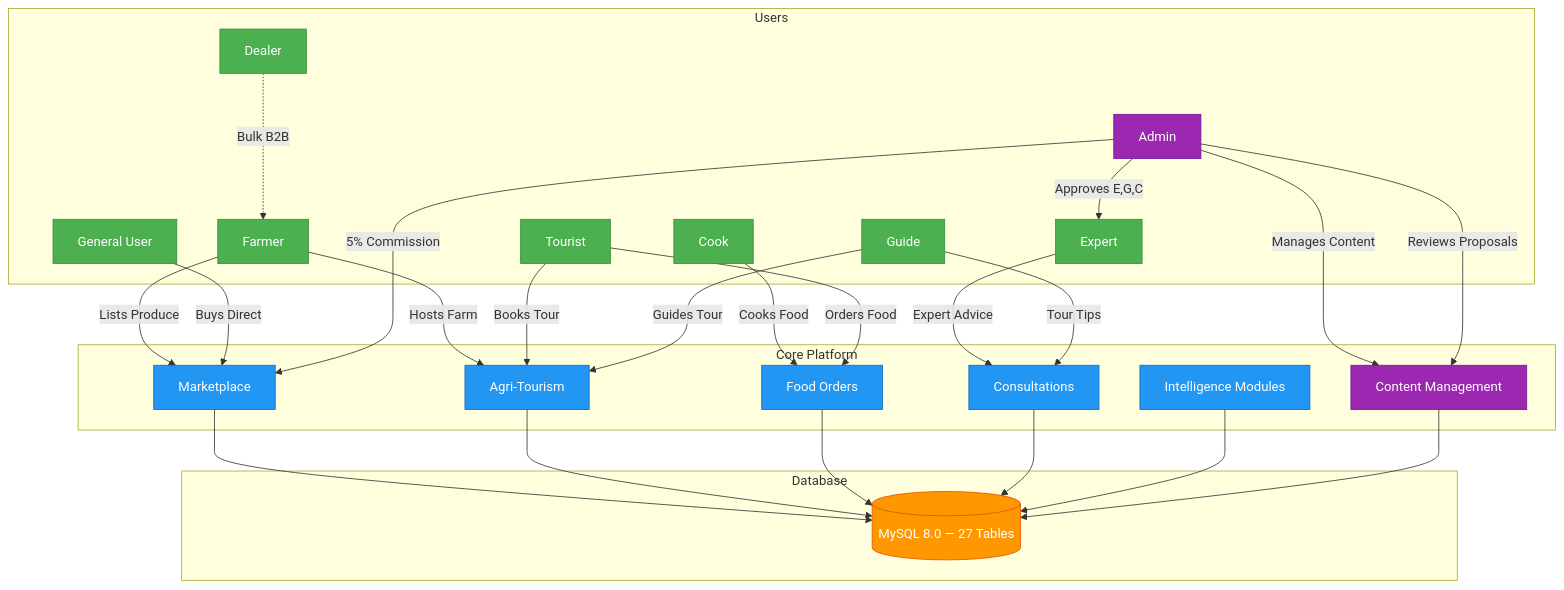
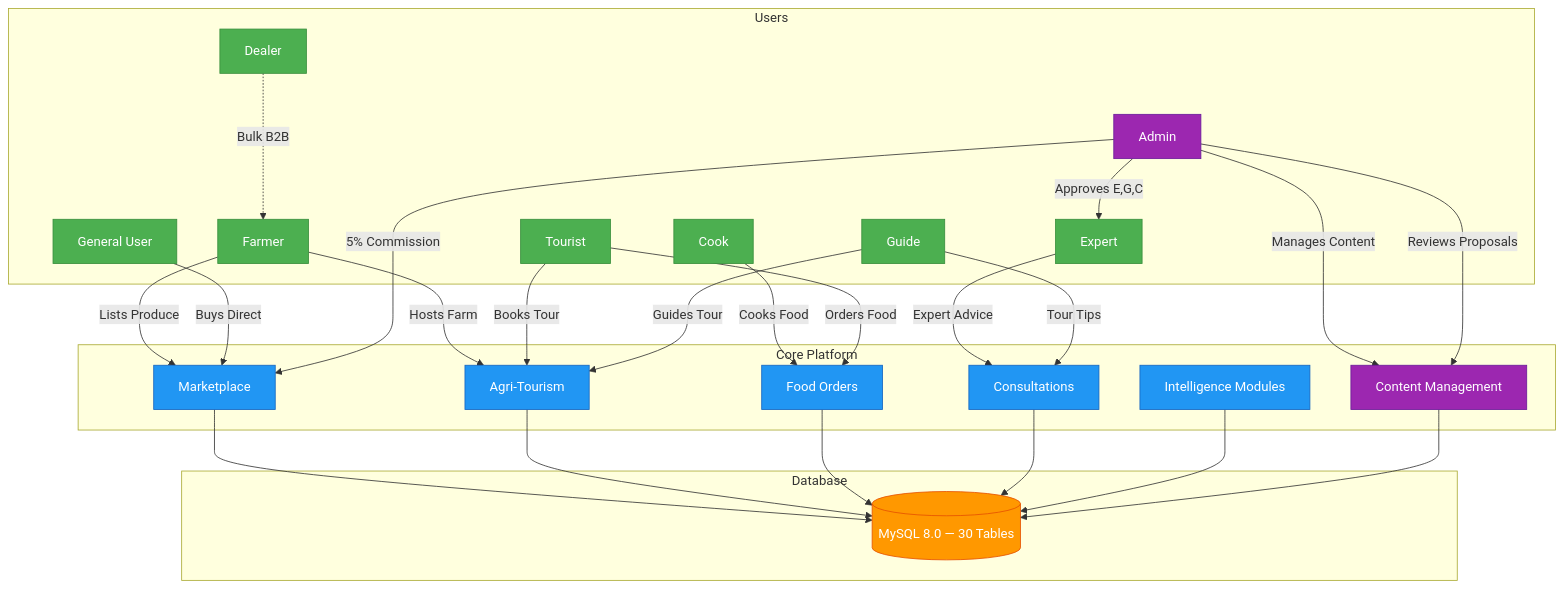
The third of 4 diagrams in README.md (Nazmul1005/Krishi-Disha), drawn with Mermaid before and after one commit. The commit also changed other lines of this file and 23 other files, not shown here.

````diff
--- a/README.md
+++ b/README.md
@@ -43,53 +105,53 @@
 ```mermaid
 graph TD
     classDef user fill:#4CAF50,color:#fff,stroke:#388E3C
     classDef system fill:#2196F3,color:#fff,stroke:#1565C0
     classDef data fill:#FF9800,color:#fff,stroke:#E65100
     classDef admin fill:#9C27B0,color:#fff,stroke:#6A1B9A
 
     subgraph Users
         F[Farmer]:::user
         U[General User]:::user
         D[Dealer]:::user
         To[Tourist]:::user
         C[Cook]:::user
         E[Expert]:::user
         G[Guide]:::user
         A[Admin]:::admin
     end
 
     subgraph Core Platform
         M[Marketplace]:::system
         T[Agri-Tourism]:::system
         FO[Food Orders]:::system
         CON[Consultations]:::system
         MOD[Intelligence Modules]:::system
         CMS[Content Management]:::admin
     end
 
     subgraph Database
-        DB[(MySQL 8.0 — 27 Tables)]:::data
+        DB[(MySQL 8.0 — 30 Tables)]:::data
     end
 
     F -->|Lists Produce| M
     U -->|Buys Direct| M
     D -..->|Bulk B2B| F
     F -->|Hosts Farm| T
     To -->|Books Tour| T
     G -->|Guides Tour| T
     C -->|Cooks Food| FO
     To -->|Orders Food| FO
     E -->|Expert Advice| CON
     G -->|Tour Tips| CON
     A -->|5% Commission| M
     A -->|Approves E,G,C| E
     A -->|Manages Content| CMS
     A -->|Reviews Proposals| CMS
 
     M --> DB
     T --> DB
     FO --> DB
     CON --> DB
     MOD --> DB
     CMS --> DB
 ```
````
